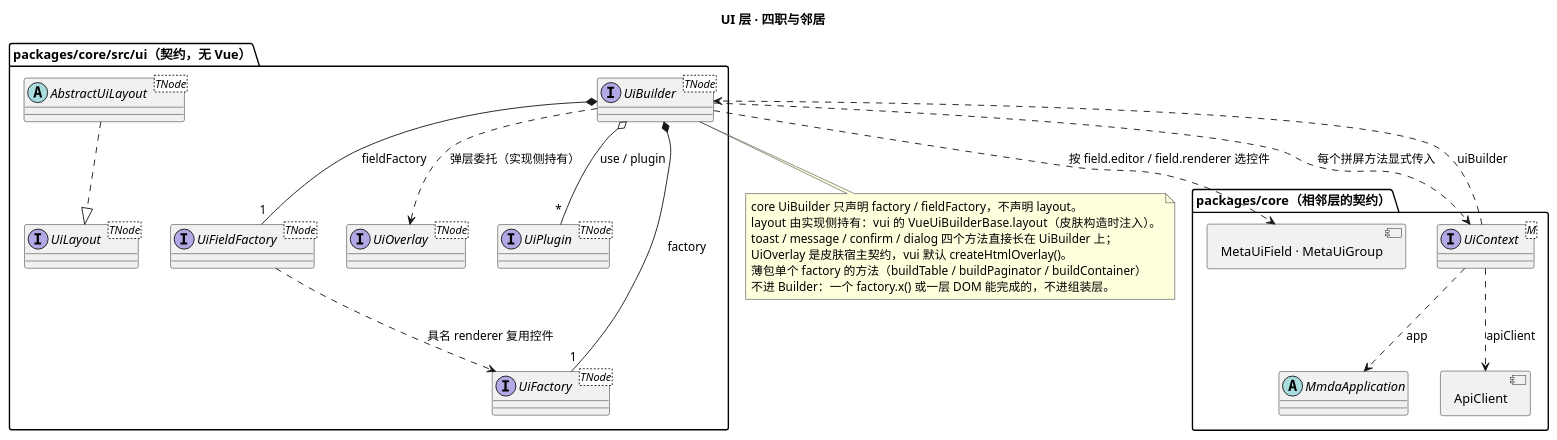
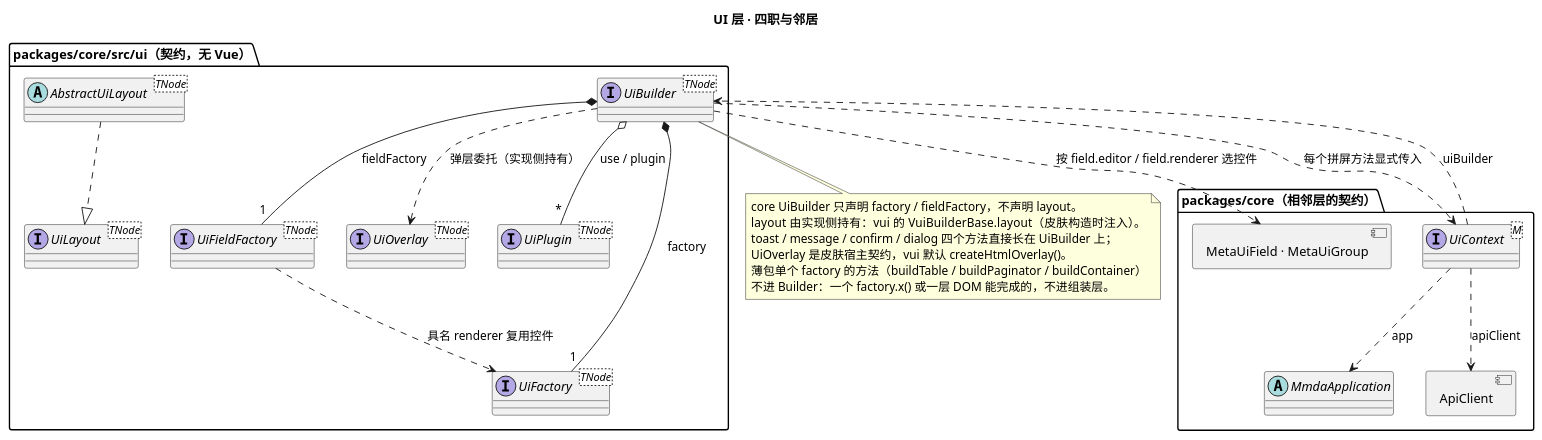
Before and after one commit to Roy7611/mmda-vue: the first of 5 diagrams in docs/design/ui_layer.wsd, drawn with PlantUML. The commit also changed other lines of this file and 8 other files, not shown here.

```diff
--- a/docs/design/ui_layer.wsd
+++ b/docs/design/ui_layer.wsd
@@ -13,43 +13,43 @@
 @startuml ui_layer_roles
 allowmixing
 skinparam defaultFontName "Microsoft YaHei"
 title UI 层 · 四职与邻居
 
 package "packages/core/src/ui（契约，无 Vue）" {
   interface "UiBuilder<TNode>" as UiBuilder
   interface "UiLayout<TNode>" as UiLayout
   abstract "AbstractUiLayout<TNode>" as AbstractUiLayout
   interface "UiFactory<TNode>" as UiFactory
   interface "UiFieldFactory<TNode>" as UiFieldFactory
   interface "UiOverlay<TNode>" as UiOverlay
   interface "UiPlugin<TNode>" as UiPlugin
 }
 
 package "packages/core（相邻层的契约）" {
   interface "UiContext<M>" as UiContext
   abstract "MmdaApplication" as MmdaApplication
   component "ApiClient" as ApiClient
   component "MetaUiField · MetaUiGroup" as MetaUiField
 }
 
 AbstractUiLayout ..|> UiLayout
 UiBuilder *-- "1" UiFactory : factory
 UiBuilder *-- "1" UiFieldFactory : fieldFactory
 UiBuilder o-- "*" UiPlugin : use / plugin
 UiFieldFactory ..> UiFactory : 具名 renderer 复用控件
 UiBuilder ..> UiContext : 每个拼屏方法显式传入
 UiBuilder ..> UiOverlay : 弹层委托（实现侧持有）
 UiBuilder ..> MetaUiField : 按 field.editor / field.renderer 选控件
 UiContext ..> UiBuilder : uiBuilder
 UiContext ..> ApiClient : apiClient
 UiContext ..> MmdaApplication : app
 
 note bottom of UiBuilder
   core UiBuilder 只声明 factory / fieldFactory，不声明 layout。
-  layout 由实现侧持有：vui 的 VueUiBuilderBase.layout（皮肤构造时注入）。
+  layout 由实现侧持有：vui 的 VuiBuilderBase.layout（皮肤构造时注入）。
   toast / message / confirm / dialog 四个方法直接长在 UiBuilder 上；
   UiOverlay 是皮肤宿主契约，vui 默认 createHtmlOverlay()。
   薄包单个 factory 的方法（buildTable / buildPaginator / buildContainer）
   不进 Builder：一个 factory.x() 或一层 DOM 能完成的，不进组装层。
 end note
 @enduml
```
